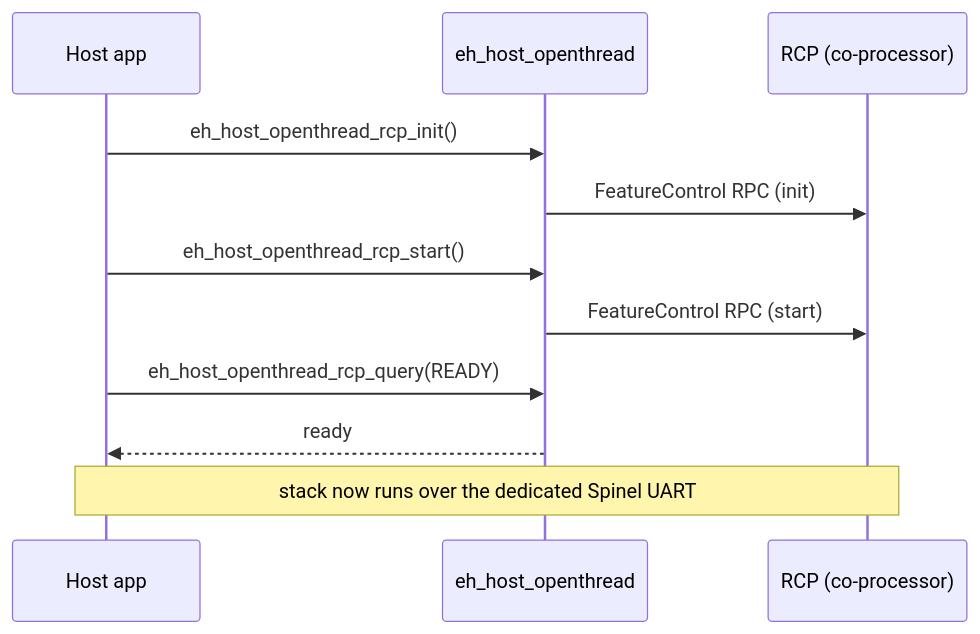
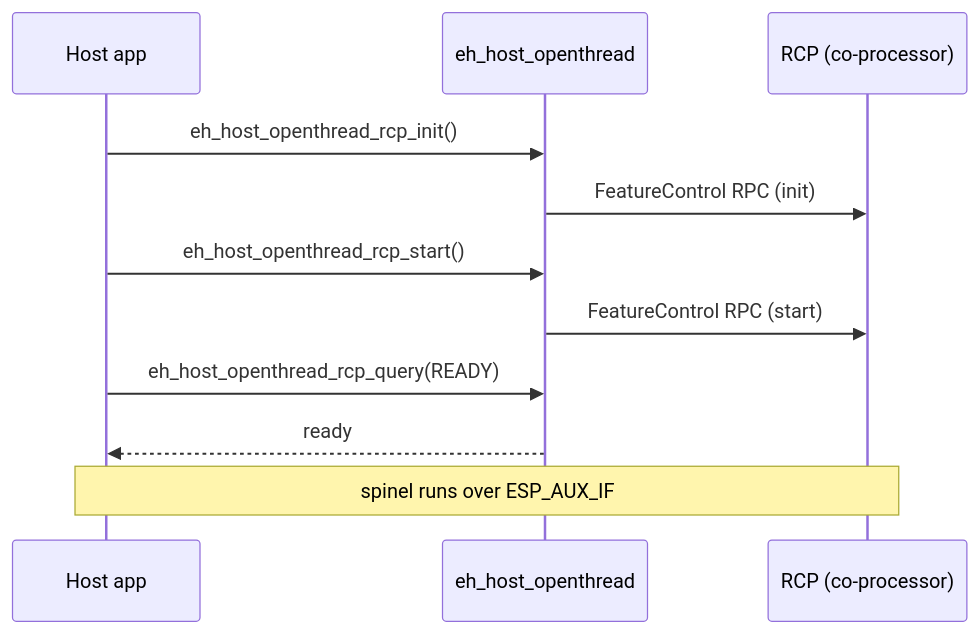
One commit to espressif/esp-hosted-mcu changed the second of 2 diagrams in docs/features/openthread.md. Above: the diagram before and after it, drawn with Mermaid. The commit also changed other lines of this file and 70 other files, not shown here.

Commit message:
openthread: hosted OpenThread over ESP_AUX_IF; standard OpenThread at example level

````diff
--- a/docs/features/openthread.md
+++ b/docs/features/openthread.md
@@ -40,13 +40,13 @@
 ```mermaid
 sequenceDiagram
     participant App as Host app
     participant OT as eh_host_openthread
     participant CP as RCP (co-processor)
     App->>OT: eh_host_openthread_rcp_init()
     OT->>CP: FeatureControl RPC (init)
     App->>OT: eh_host_openthread_rcp_start()
     OT->>CP: FeatureControl RPC (start)
     App->>OT: eh_host_openthread_rcp_query(READY)
     OT-->>App: ready
-    Note over App,CP: stack now runs over the dedicated Spinel UART
+    Note over App,CP: spinel runs over ESP_AUX_IF
 ```
````
